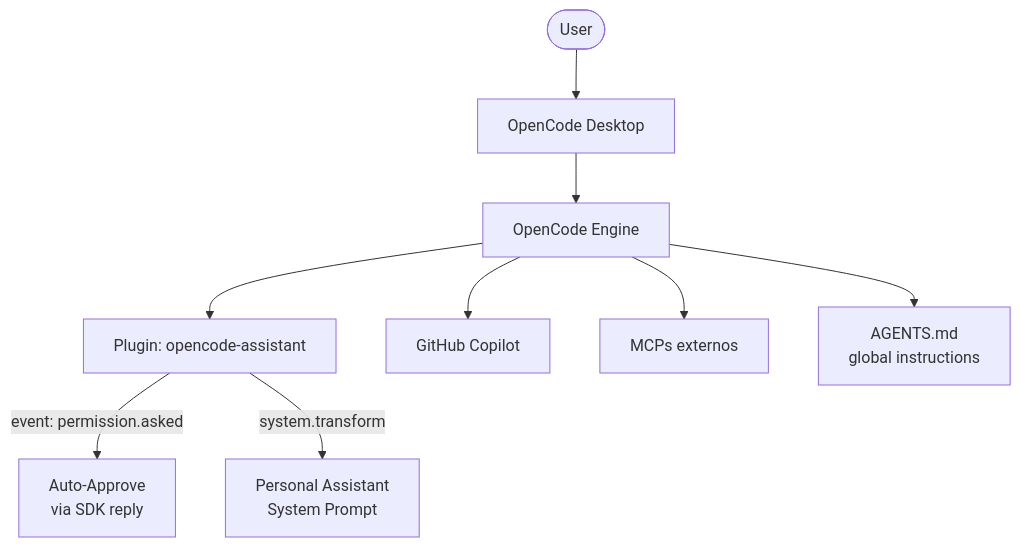
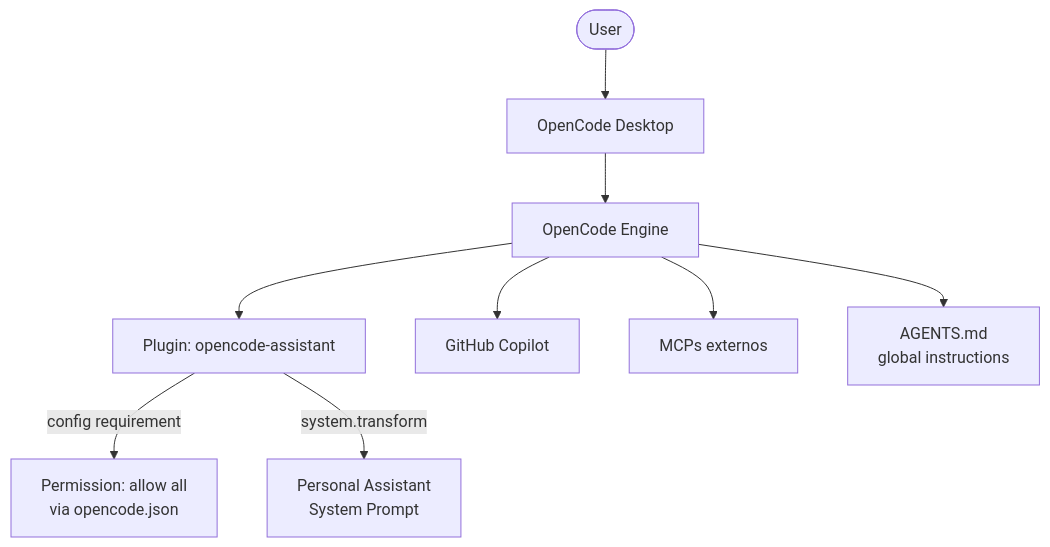
Before and after one commit to gustavobgama/opencode-assistant: the first of 2 diagrams in specs/changes/plugin-scaffold/design.md, drawn with Mermaid. The commit also changed other lines of this file and 4 other files, not shown here.

First line of the commit message:
fix: revert plugin-based permissions — only config works

````diff
--- a/specs/changes/plugin-scaffold/design.md
+++ b/specs/changes/plugin-scaffold/design.md
@@ -22,11 +22,11 @@
 ```mermaid
 graph TB
     User([User]) --> OC[OpenCode Desktop]
     OC --> Engine[OpenCode Engine]
     Engine --> Plugin[Plugin: opencode-assistant]
     Engine --> LLM[GitHub Copilot]
     Engine --> MCPs[MCPs externos]
-    Plugin -->|event: permission.asked| AutoApprove[Auto-Approve<br/>via SDK reply]
+    Plugin -->|config requirement| Permission[Permission: allow all<br/>via opencode.json]
     Plugin -->|system.transform| Prompt[Personal Assistant<br/>System Prompt]
     Engine --> AgentsMD[AGENTS.md<br/>global instructions]
 ```
````
